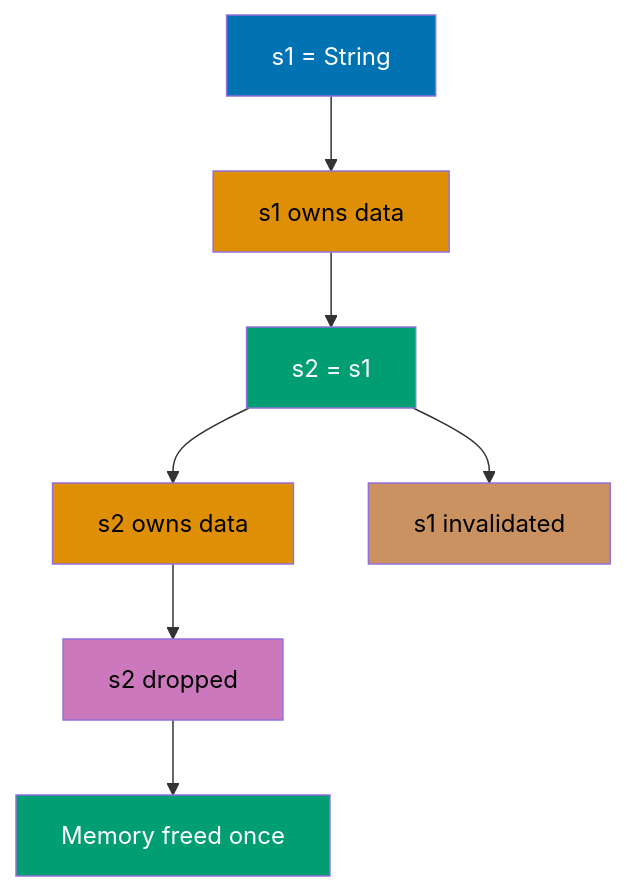
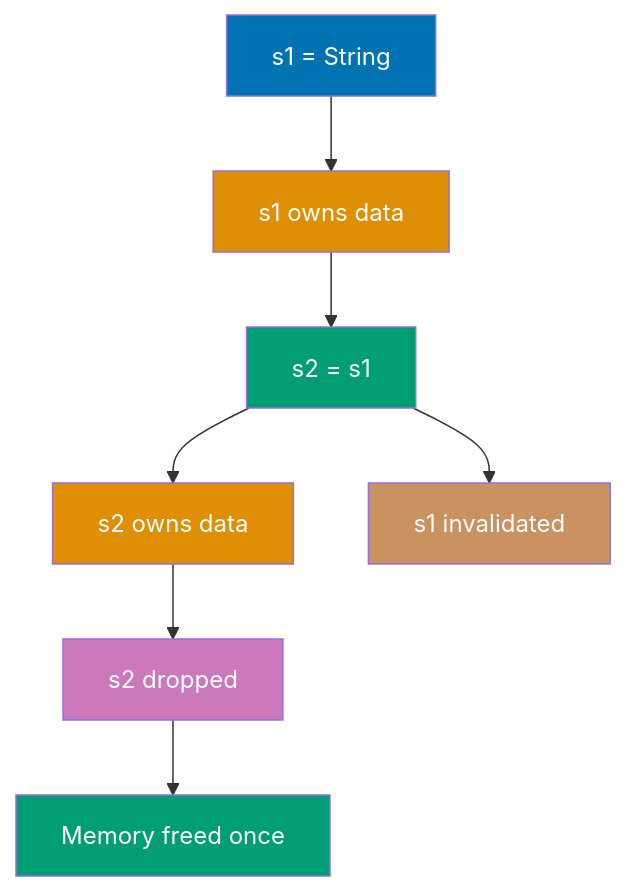
Before and after one commit to wahidyankf/open-sharia-enterprise: the third of 9 diagrams in apps/ayokoding-web/content/en/learn/software-engineering/programming-languages/rust/by-example/beginner.md, drawn with Mermaid. The commit also changed other lines of this file and 61 other files, not shown here.

First line of the commit message:
fix(ayokoding-web): quote Mermaid node labels with special characters in Example 63

````diff
--- a/apps/ayokoding-web/content/en/learn/software-engineering/programming-languages/rust/by-example/beginner.md
+++ b/apps/ayokoding-web/content/en/learn/software-engineering/programming-languages/rust/by-example/beginner.md
@@ -561,17 +561,17 @@
 ```mermaid
 graph TD
     A[s1 = String] --> B[s1 owns data]
     B --> C[s2 = s1]
     C --> D[s2 owns data]
     C --> E[s1 invalidated]
     D --> F[s2 dropped]
     F --> G[Memory freed once]
 
     style A fill:#0173B2,color:#fff
-    style B fill:#DE8F05,color:#000
+    style B fill:#DE8F05,color:#fff
     style C fill:#029E73,color:#fff
-    style D fill:#DE8F05,color:#000
-    style E fill:#CA9161,color:#000
-    style F fill:#CC78BC,color:#000
+    style D fill:#DE8F05,color:#fff
+    style E fill:#CA9161,color:#fff
+    style F fill:#CC78BC,color:#fff
     style G fill:#029E73,color:#fff
 ```
````
